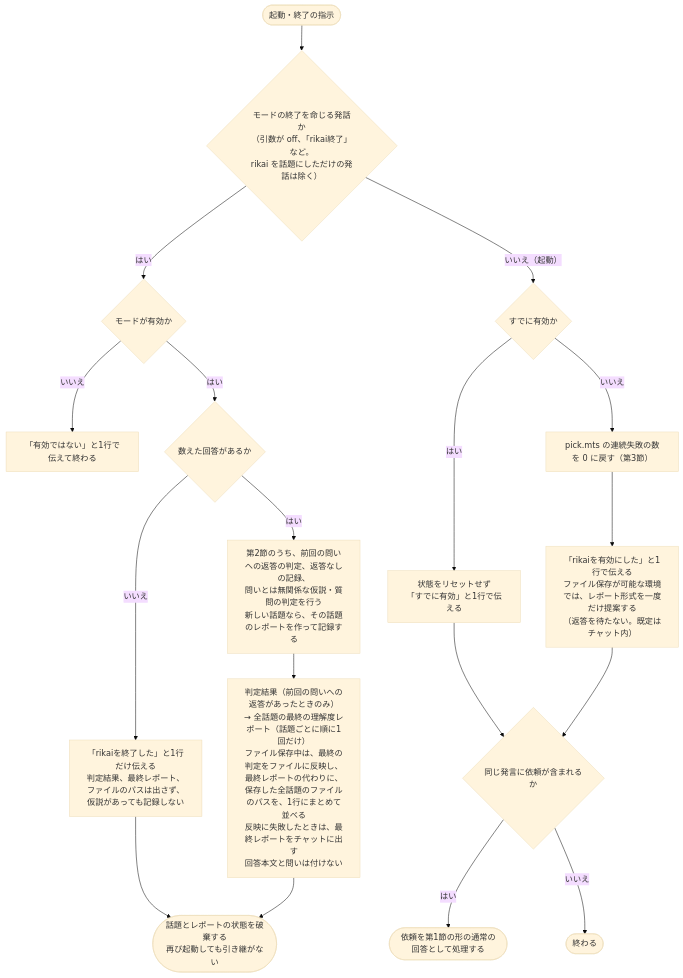
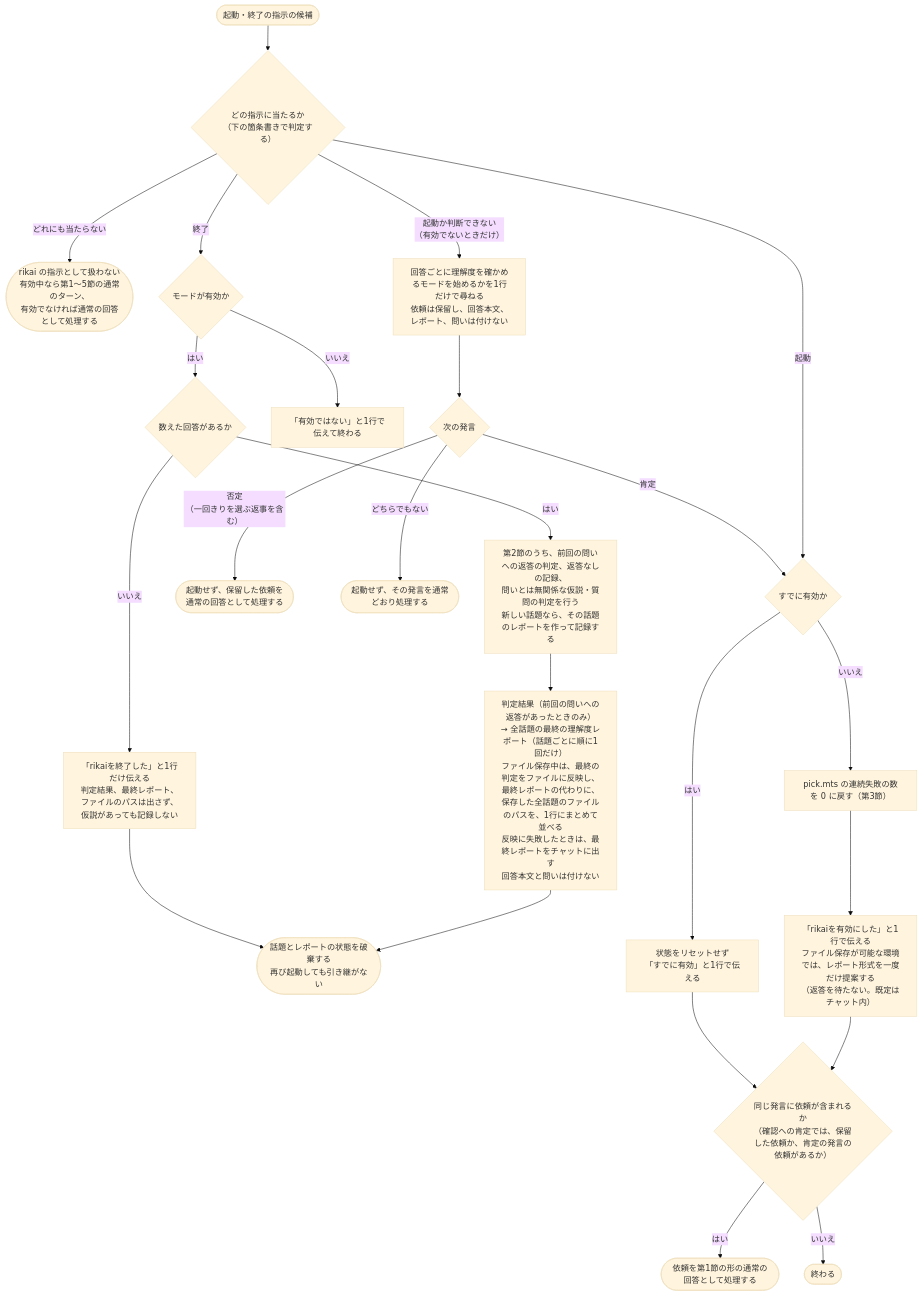
One commit to kokuto821/rikai changed the third of 3 diagrams in skills/rikai/SKILL.md. Above: the diagram before and after it, drawn with Mermaid (base theme). The commit also changed other lines of this file and 3 other files, not shown here.

````diff
--- a/skills/rikai/SKILL.md
+++ b/skills/rikai/SKILL.md
@@ -208,21 +208,27 @@
 ```mermaid
 flowchart TD
-    Start(["起動・終了の指示"]) --> Kind{"モードの終了を命じる発話か<br/>（引数が off、「rikai終了」など。<br/>rikai を話題にしただけの発話は除く）"}
-    Kind -- "はい" --> EndActive{"モードが有効か"}
+    Start(["起動・終了の指示の候補"]) --> Kind{"どの指示に当たるか<br/>（下の箇条書きで判定する）"}
+    Kind -- "どれにも当たらない" --> NotCmd(["rikai の指示として扱わない<br/>有効中なら第1〜5節の通常のターン、<br/>有効でなければ通常の回答として処理する"])
+    Kind -- "起動か判断できない<br/>（有効でないときだけ）" --> Confirm["回答ごとに理解度を確かめるモードを始めるかを1行だけで尋ねる<br/>依頼は保留し、回答本文、レポート、問いは付けない"]
+    Confirm --> Reply{"次の発言"}
+    Reply -- "肯定" --> StartActive
+    Reply -- "否定<br/>（一回きりを選ぶ返事を含む）" --> Declined(["起動せず、保留した依頼を通常の回答として処理する"])
+    Reply -- "どちらでもない" --> Other(["起動せず、その発言を通常どおり処理する"])
+    Kind -- "終了" --> EndActive{"モードが有効か"}
     EndActive -- "いいえ" --> NotActive["「有効ではない」と1行で伝えて終わる"]
     EndActive -- "はい" --> HasCounted{"数えた回答があるか"}
     HasCounted -- "いいえ" --> EndOnly["「rikaiを終了した」と1行だけ伝える<br/>判定結果、最終レポート、ファイルのパスは出さず、<br/>仮説があっても記録しない"]
     EndOnly --> Discard
     HasCounted -- "はい" --> EndJudge["第2節のうち、前回の問いへの返答の判定、返答なしの記録、<br/>問いとは無関係な仮説・質問の判定を行う<br/>新しい話題なら、その話題のレポートを作って記録する"]
     EndJudge --> EndOut["判定結果（前回の問いへの返答があったときのみ）<br/>→ 全話題の最終の理解度レポート（話題ごとに順に1回だけ）<br/>ファイル保存中は、最終の判定をファイルに反映し、<br/>最終レポートの代わりに、保存した全話題のファイルのパスを、1行にまとめて並べる<br/>反映に失敗したときは、最終レポートをチャットに出す<br/>回答本文と問いは付けない"]
     EndOut --> Discard(["話題とレポートの状態を破棄する<br/>再び起動しても引き継がない"])
-    Kind -- "いいえ（起動）" --> StartActive{"すでに有効か"}
+    Kind -- "起動" --> StartActive{"すでに有効か"}
     StartActive -- "はい" --> AlreadyOn["状態をリセットせず<br/>「すでに有効」と1行で伝える"]
     StartActive -- "いいえ" --> ResetFail["pick.mts の連続失敗の数を 0 に戻す（第3節）"]
     ResetFail --> StartMsg["「rikaiを有効にした」と1行で伝える<br/>ファイル保存が可能な環境では、レポート形式を一度だけ提案する<br/>（返答を待たない。既定はチャット内）"]
     AlreadyOn --> HasReq
     StartMsg --> HasReq
-    HasReq{"同じ発言に依頼が含まれるか"}
+    HasReq{"同じ発言に依頼が含まれるか<br/>（確認への肯定では、保留した依頼か、肯定の発言の依頼があるか）"}
     HasReq -- "はい" --> Answer(["依頼を第1節の形の通常の回答として処理する"])
     HasReq -- "いいえ" --> Done(["終わる"])
 ```
````
